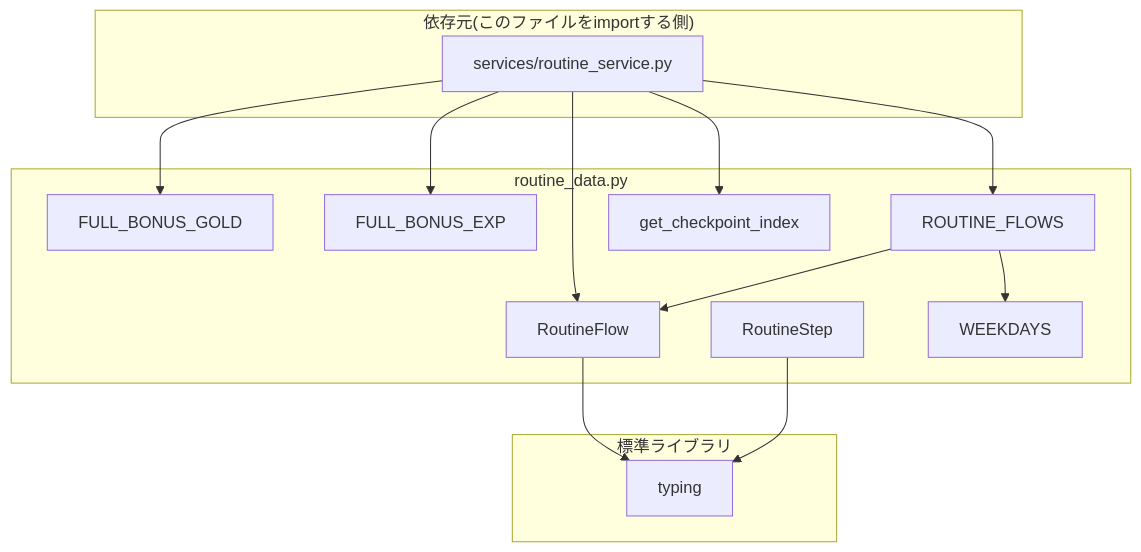
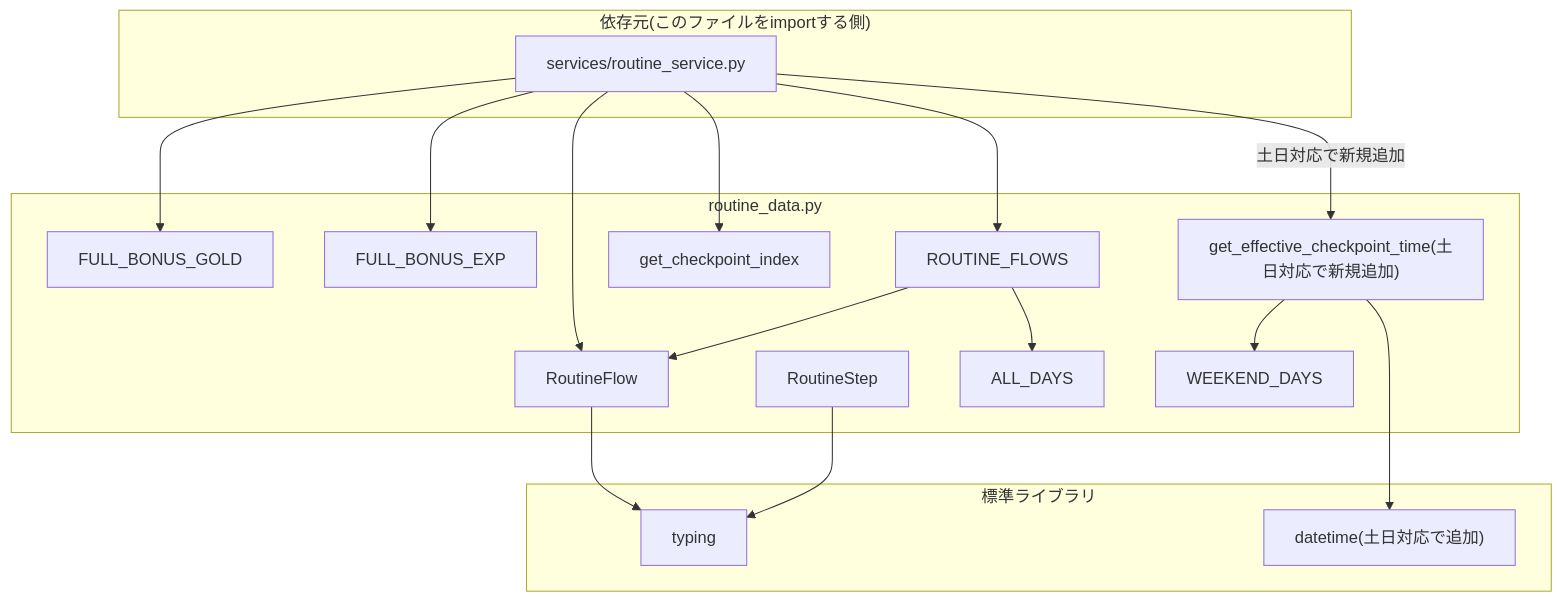
One commit to mmtigers/my_python_project changed the second of 2 diagrams in docs/specifications/MY_HOME_SYSTEM/routine_data.md. Above: the diagram before and after it, drawn with Mermaid. The commit also changed other lines of this file and 4 other files, not shown here.

````diff
--- a/docs/specifications/MY_HOME_SYSTEM/routine_data.md
+++ b/docs/specifications/MY_HOME_SYSTEM/routine_data.md
@@ -195,31 +226,37 @@
 ```mermaid
 graph TD
     subgraph "routine_data.py"
         RoutineStep
         RoutineFlow
-        WEEKDAYS
+        ALL_DAYS
+        WEEKEND_DAYS
         FULL_BONUS_GOLD
         FULL_BONUS_EXP
         ROUTINE_FLOWS
         get_checkpoint_index
+        get_effective_checkpoint_time["get_effective_checkpoint_time(土日対応で新規追加)"]
     end
 
     subgraph "標準ライブラリ"
         typing
+        datetime["datetime(土日対応で追加)"]
     end
 
     subgraph "依存元(このファイルをimportする側)"
         routine_service["services/routine_service.py"]
     end
 
     RoutineStep --> typing
     RoutineFlow --> typing
     ROUTINE_FLOWS --> RoutineFlow
-    ROUTINE_FLOWS --> WEEKDAYS
+    ROUTINE_FLOWS --> ALL_DAYS
+    get_effective_checkpoint_time --> datetime
+    get_effective_checkpoint_time --> WEEKEND_DAYS
 
     routine_service --> ROUTINE_FLOWS
     routine_service --> RoutineFlow
     routine_service --> FULL_BONUS_GOLD
     routine_service --> FULL_BONUS_EXP
     routine_service --> get_checkpoint_index
+    routine_service -->|"土日対応で新規追加"| get_effective_checkpoint_time
 ```
````
